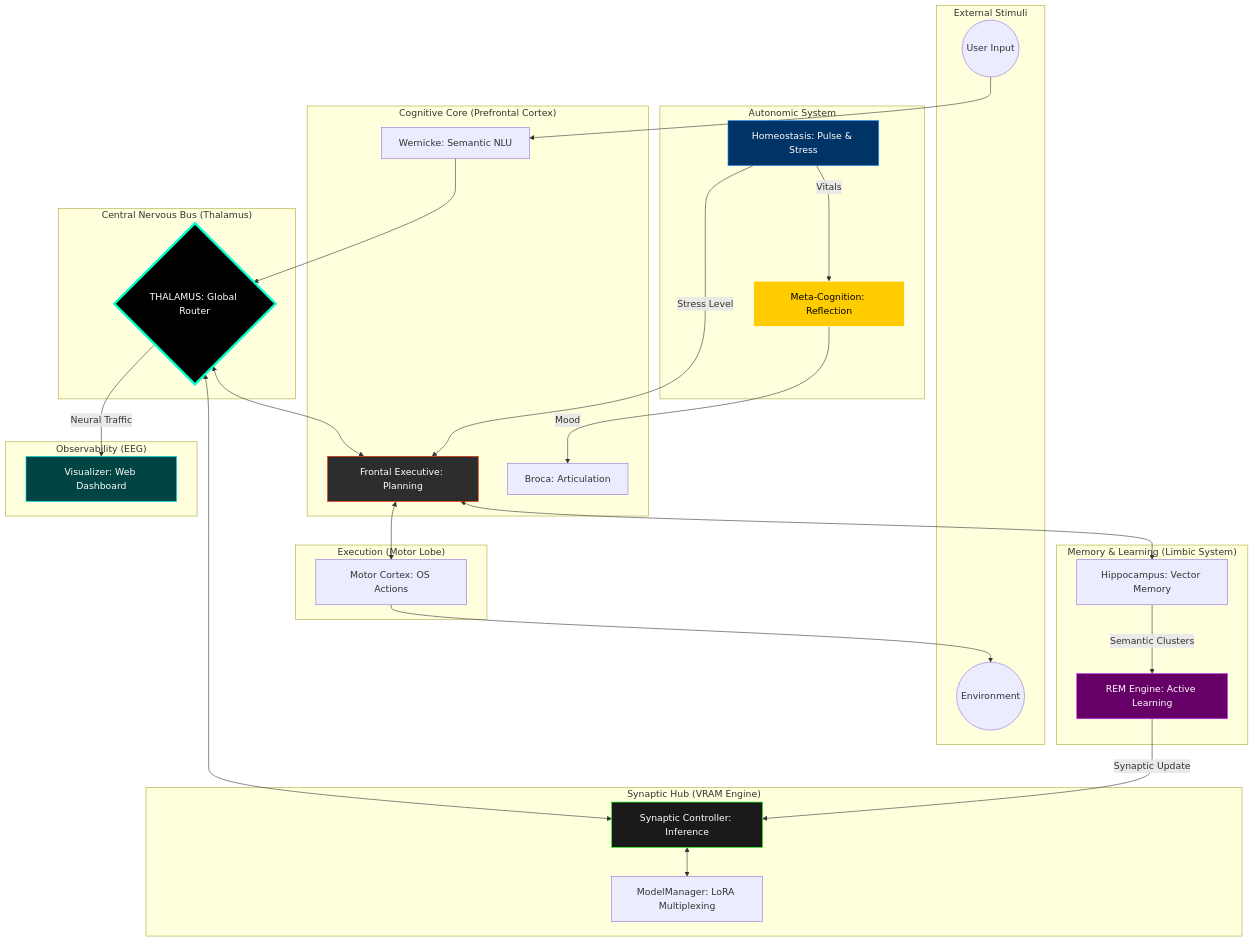
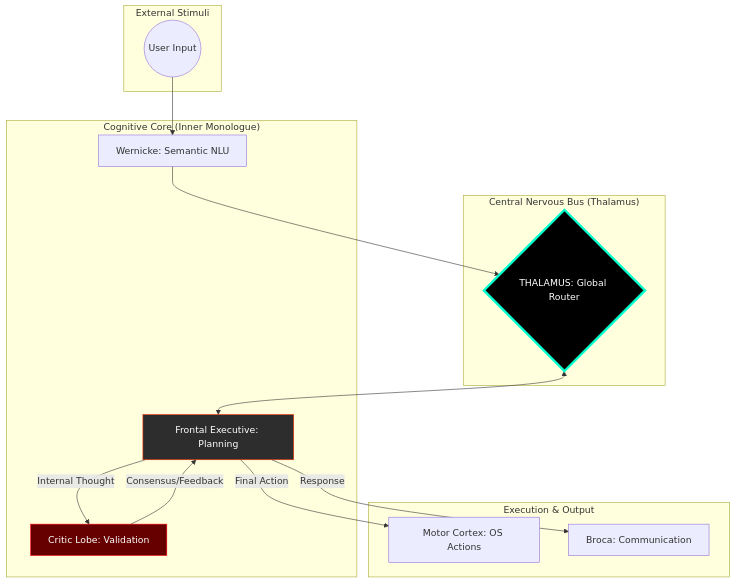
One commit to jpmlima/NeuroSwarm changed the diagram in README.md. Above: the diagram before and after it, drawn with Mermaid. The commit also changed other lines of this file and 7 other files, not shown here.

Commit message:
feat: v1.8.0 - Inner Monologue and Synaptic Consensus (Society of Mind)

````diff
--- a/README.md
+++ b/README.md
@@ -17,65 +32,34 @@
 ```mermaid
 graph TD
     subgraph "External Stimuli"
         User((User Input))
-        Env((Environment))
     end
 
     subgraph "Central Nervous Bus (Thalamus)"
         TH{THALAMUS: Global Router}
     end
 
-    subgraph "Cognitive Core (Prefrontal Cortex)"
+    subgraph "Cognitive Core (Inner Monologue)"
         FE[Frontal Executive: Planning]
+        CL[Critic Lobe: Validation]
         WN[Wernicke: Semantic NLU]
-        BR[Broca: Articulation]
     end
 
-    subgraph "Observability (EEG)"
-        VZ[Visualizer: Web Dashboard]
-    end
-
-    subgraph "Synaptic Hub (VRAM Engine)"
-        SC[Synaptic Controller: Inference]
-        MM[ModelManager: LoRA Multiplexing]
-    end
-
-    subgraph "Memory & Learning (Limbic System)"
-        HP[Hippocampus: Vector Memory]
-        REM[REM Engine: Active Learning]
-    end
-
-    subgraph "Autonomic System"
-        HM[Homeostasis: Pulse & Stress]
-        MC[Meta-Cognition: Reflection]
-    end
-
-    subgraph "Execution (Motor Lobe)"
+    subgraph "Execution & Output"
         MT[Motor Cortex: OS Actions]
+        BR[Broca: Communication]
     end
 
     %% Flow
     User --> WN
     WN --> TH
     TH <--> FE
-    FE <--> MT
-    TH <--> SC
-    SC <--> MM
-    FE <--> HP
-    HP -- Semantic Clusters --> REM
-    REM -- Synaptic Update --> SC
-    HM -- Stress Level --> FE
-    HM -- Vitals --> MC
-    MC -- Mood --> BR
-    TH -- Neural Traffic --> VZ
-    MT --> Env
-
-    %% Styling
+    FE -- Internal Thought --> CL
+    CL -- Consensus/Feedback --> FE
+    FE -- Final Action --> MT
+    FE -- Response --> BR
+    
     style TH fill:#000,stroke:#00ffcc,stroke-width:4px,color:#fff
     style FE fill:#2d2d2d,stroke:#ff3300,color:#fff
-    style HM fill:#003366,stroke:#3399ff,color:#fff
-    style MC fill:#ffcc00,stroke:#fff,color:#000
-    style REM fill:#660066,stroke:#cc33ff,color:#fff
-    style SC fill:#1a1a1a,stroke:#00ff00,color:#fff
-    style VZ fill:#004444,stroke:#00ffff,color:#fff
+    style CL fill:#660000,stroke:#ff0000,color:#fff
 ```
````
